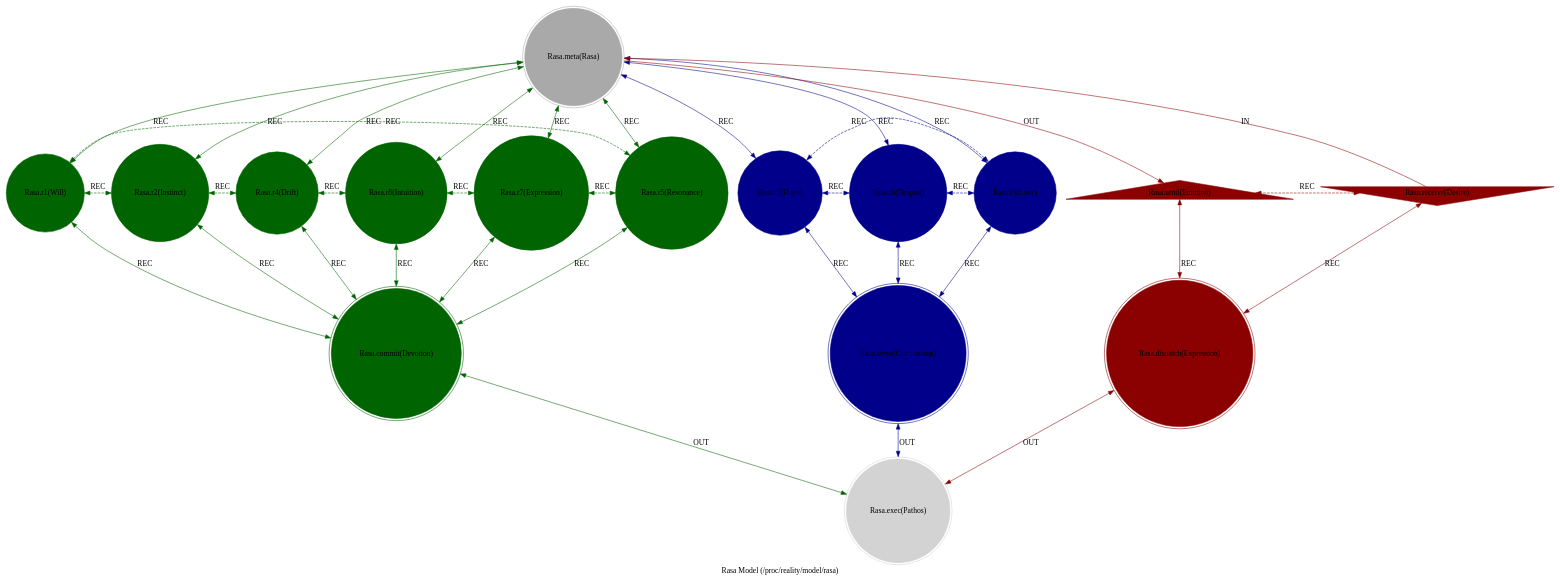
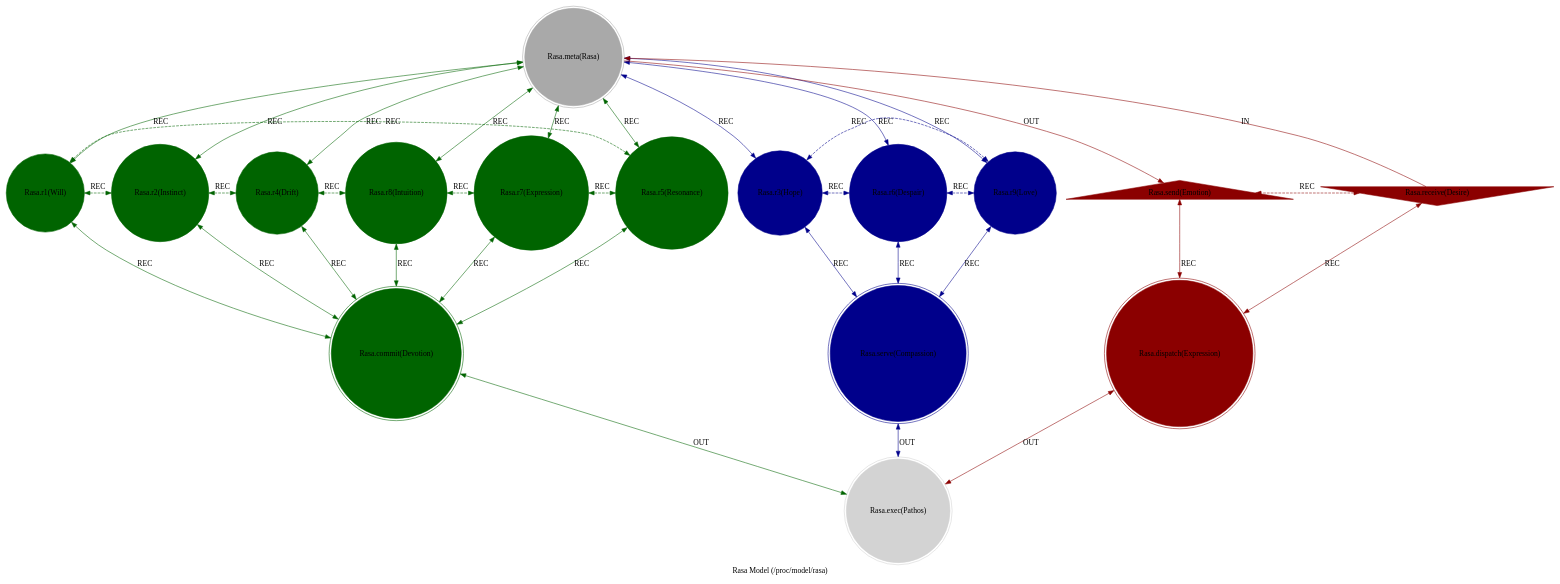
One commit to cilang/mythos changed the diagram in src/includes/model/mythos_model_rasa.dot. Above: the diagram before and after it, drawn with Graphviz. The commit also changed 21 other files, not shown here.

```diff
--- a/src/includes/model/mythos_model_rasa.dot
+++ b/src/includes/model/mythos_model_rasa.dot
@@ -1,64 +1,64 @@
 strict digraph RasaModel {
     style = filled;
     color = lightgray;
     node [shape = circle; style = filled; color = lightgreen;];
     edge [color = darkgray;];
-    label = "Rasa Model (/proc/reality/model/rasa)";
+    label = "Rasa Model (/proc/model/rasa)";
     comment = "TODO";
     
     spark_0_rasa_model_t [label = "Rasa.meta(Rasa)";comment = "Abstract: TODO";shape = doublecircle;color = darkgray;];
     spark_1_rasa_model_t [label = "Rasa.r1(Will)";comment = "Initiation: TODO";color = darkgreen;];
     spark_2_rasa_model_t [label = "Rasa.r2(Instinct)";comment = "Response: TODO";color = darkgreen;];
     spark_4_rasa_model_t [label = "Rasa.r4(Drift)";comment = "Integration: TODO";color = darkgreen;];
     spark_8_rasa_model_t [label = "Rasa.r8(Intuition)";comment = "Reflection: TODO";color = darkgreen;];
     spark_7_rasa_model_t [label = "Rasa.r7(Expression)";comment = "Consolidation: TODO";color = darkgreen;];
     spark_5_rasa_model_t [label = "Rasa.r5(Resonance)";comment = "Propagation: TODO";color = darkgreen;];
     spark_3_rasa_model_t [label = "Rasa.r3(Hope)";comment = "Thesis: TODO";color = darkblue;];
     spark_6_rasa_model_t [label = "Rasa.r6(Despair)";comment = "Antithesis: TODO";color = darkblue;];
     spark_9_rasa_model_t [label = "Rasa.r9(Love)";comment = "Synthesis: TODO";color = darkblue;];
     spark_a_rasa_model_t [label = "Rasa.receive(Desire)";comment = "Potential: A raw, undirected drive.";shape = invtriangle;color = darkred;];
     spark_b_rasa_model_t [label = "Rasa.send(Emotion)";comment = "Manifest: The complex feeling that arises from evaluated desire.";shape = triangle;color = darkred;];
     spark_c_rasa_model_t [label = "Rasa.dispatch(Expression)";comment = "Why-Who: TODO";shape = doublecircle;color = darkred;];
     spark_d_rasa_model_t [label = "Rasa.commit(Devotion)";comment = "What-How: TODO";shape = doublecircle;color = darkgreen;];
     spark_e_rasa_model_t [label = "Rasa.serve(Compassion)";comment = "When-Where: TODO";shape = doublecircle;color = darkblue;];
     spark_f_rasa_model_t [label = "Rasa.exec(Pathos)";comment = "Which-Closure: TODO";shape = doublecircle;color = lightgray;];
     
     spark_a_rasa_model_t -> spark_0_rasa_model_t [label = "IN"; comment = "todo"; color = darkred; constraint = false;];
     spark_0_rasa_model_t -> spark_b_rasa_model_t [label = "OUT"; comment = "todo"; color = darkred;];
     spark_0_rasa_model_t -> spark_3_rasa_model_t [label = "REC"; comment = "todo"; color = darkblue; dir = both;];
     spark_0_rasa_model_t -> spark_6_rasa_model_t [label = "REC"; comment = "todo"; color = darkblue; dir = both;];
     spark_0_rasa_model_t -> spark_9_rasa_model_t [label = "REC"; comment = "todo"; color = darkblue; dir = both;];
     spark_0_rasa_model_t -> spark_1_rasa_model_t [label = "REC"; comment = "todo"; color = darkgreen; dir = both;];
     spark_0_rasa_model_t -> spark_2_rasa_model_t [label = "REC"; comment = "todo"; color = darkgreen; dir = both;];
     spark_0_rasa_model_t -> spark_4_rasa_model_t [label = "REC"; comment = "todo"; color = darkgreen; dir = both;];
     spark_0_rasa_model_t -> spark_8_rasa_model_t [label = "REC"; comment = "todo"; color = darkgreen; dir = both;];
     spark_0_rasa_model_t -> spark_7_rasa_model_t [label = "REC"; comment = "todo"; color = darkgreen; dir = both;];
     spark_0_rasa_model_t -> spark_5_rasa_model_t [label = "REC"; comment = "todo"; color = darkgreen; dir = both;];
     
     spark_a_rasa_model_t -> spark_c_rasa_model_t [label = "REC"; comment = "todo"; color = darkred; dir = both;];
     spark_b_rasa_model_t -> spark_c_rasa_model_t [label = "REC"; comment = "todo"; color = darkred; dir = both;];
     spark_1_rasa_model_t -> spark_d_rasa_model_t [label = "REC"; comment = "todo"; color = darkgreen; dir = both;];
     spark_2_rasa_model_t -> spark_d_rasa_model_t [label = "REC"; comment = "todo"; color = darkgreen; dir = both;];
     spark_4_rasa_model_t -> spark_d_rasa_model_t [label = "REC"; comment = "todo"; color = darkgreen; dir = both;];
     spark_8_rasa_model_t -> spark_d_rasa_model_t [label = "REC"; comment = "todo"; color = darkgreen; dir = both;];
     spark_7_rasa_model_t -> spark_d_rasa_model_t [label = "REC"; comment = "todo"; color = darkgreen; dir = both;];
     spark_5_rasa_model_t -> spark_d_rasa_model_t [label = "REC"; comment = "todo"; color = darkgreen; dir = both;];
     spark_3_rasa_model_t -> spark_e_rasa_model_t [label = "REC"; comment = "todo"; color = darkblue; dir = both;];
     spark_6_rasa_model_t -> spark_e_rasa_model_t [label = "REC"; comment = "todo"; color = darkblue; dir = both;];
     spark_9_rasa_model_t -> spark_e_rasa_model_t [label = "REC"; comment = "todo"; color = darkblue; dir = both;];
     
     spark_1_rasa_model_t -> spark_2_rasa_model_t [label = "REC"; comment = "todo"; color = darkgreen; dir = both; style = dashed; constraint = false;];
     spark_2_rasa_model_t -> spark_4_rasa_model_t [label = "REC"; comment = "todo"; color = darkgreen; dir = both; style = dashed; constraint = false;];
     spark_4_rasa_model_t -> spark_8_rasa_model_t [label = "REC"; comment = "todo"; color = darkgreen; dir = both; style = dashed; constraint = false;];
     spark_8_rasa_model_t -> spark_7_rasa_model_t [label = "REC"; comment = "todo"; color = darkgreen; dir = both; style = dashed; constraint = false;];
     spark_7_rasa_model_t -> spark_5_rasa_model_t [label = "REC"; comment = "todo"; color = darkgreen; dir = both; style = dashed; constraint = false;];
     spark_5_rasa_model_t -> spark_1_rasa_model_t [label = "REC"; comment = "todo"; color = darkgreen; dir = both; style = dashed; constraint = false;];
     spark_3_rasa_model_t -> spark_6_rasa_model_t [label = "REC"; comment = "todo"; color = darkblue; dir = both; style = dashed; constraint = false;];
     spark_6_rasa_model_t -> spark_9_rasa_model_t [label = "REC"; comment = "todo"; color = darkblue; dir = both; style = dashed; constraint = false;];
     spark_9_rasa_model_t -> spark_3_rasa_model_t [label = "REC"; comment = "todo"; color = darkblue; dir = both; style = dashed; constraint = false;];
     spark_a_rasa_model_t -> spark_b_rasa_model_t [label = "REC"; comment = "todo"; color = darkred; dir = both; style = dashed; constraint = false;];
     
     spark_c_rasa_model_t -> spark_f_rasa_model_t [label = "OUT"; comment = "todo"; color = darkred; dir = both;];
     spark_d_rasa_model_t -> spark_f_rasa_model_t [label = "OUT"; comment = "todo"; color = darkgreen; dir = both;];
     spark_e_rasa_model_t -> spark_f_rasa_model_t [label = "OUT"; comment = "todo"; color = darkblue; dir = both;];
 }
```
